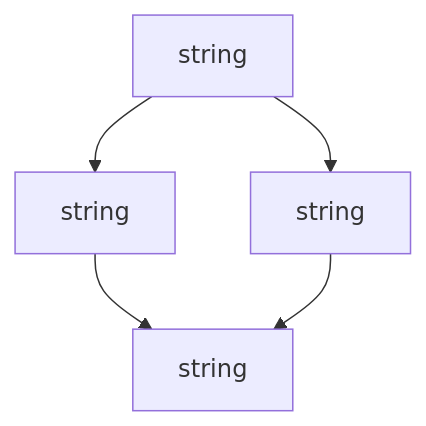
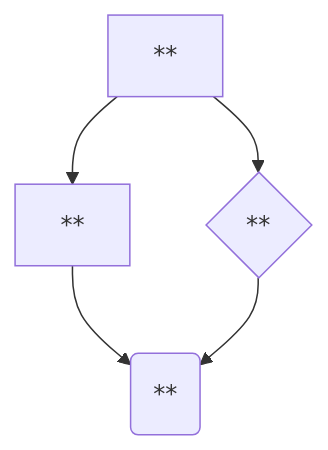
One commit to razmi0/ConceptionLogicielle changed the diagram in README.md. Above: the diagram before and after it, drawn with Mermaid. The commit also changed other lines of this file, not shown here.

````diff
--- a/README.md
+++ b/README.md
@@ -53,7 +52,7 @@
 ```mermaid
   graph TD;
-      A[string]-->B[string];
-      A[string]-->C[string];
-      B[string]-->D[string];
-      C[string]-->D[string];
+      A[**]-->B[**];
+      A[**]-->C{**};
+      B[**]-->D(**);
+      C{**}-->D(**);
 ```
````
